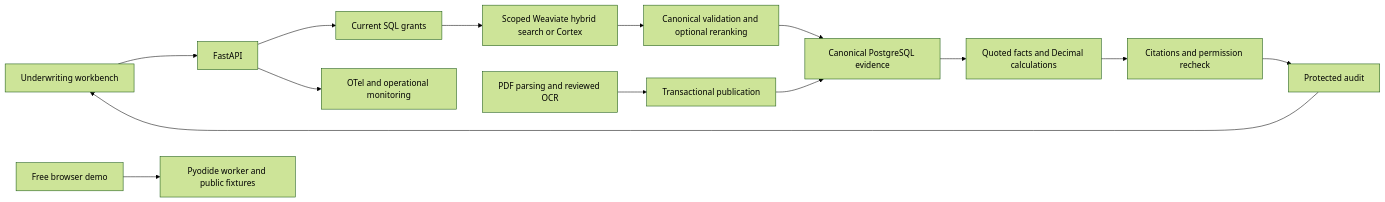
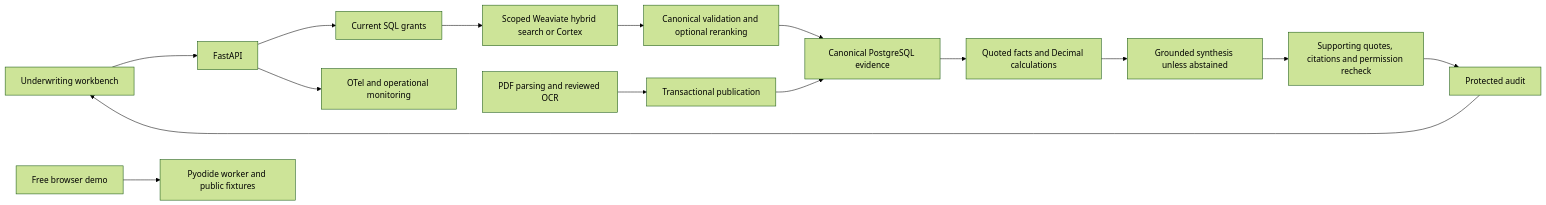
The diagram in README.md (chinmayarvind23/credit-lens), drawn with Mermaid (forest theme) before and after one commit. The commit also changed other lines of this file and 52 other files, not shown here.

````diff
--- a/README.md
+++ b/README.md
@@ -78,16 +80,17 @@
 ```mermaid
 flowchart LR
     UI[Underwriting workbench] --> API[FastAPI]
     API --> Grants[Current SQL grants]
     Grants --> Search[Scoped Weaviate hybrid search or Cortex]
     Search --> Rank[Canonical validation and optional reranking]
     Rank --> Evidence[Canonical PostgreSQL evidence]
     Evidence --> Packet[Quoted facts and Decimal calculations]
-    Packet --> Check[Citations and permission recheck]
+    Packet --> Generation[Grounded synthesis unless abstained]
+    Generation --> Check[Supporting quotes, citations and permission recheck]
     Check --> Audit[Protected audit]
     Audit --> UI
     Ingest[PDF parsing and reviewed OCR] --> Catalog[Transactional publication]
     Catalog --> Evidence
     API --> Trace[OTel and operational monitoring]
     HF[Free browser demo] --> Worker[Pyodide worker and public fixtures]
 ```
````
